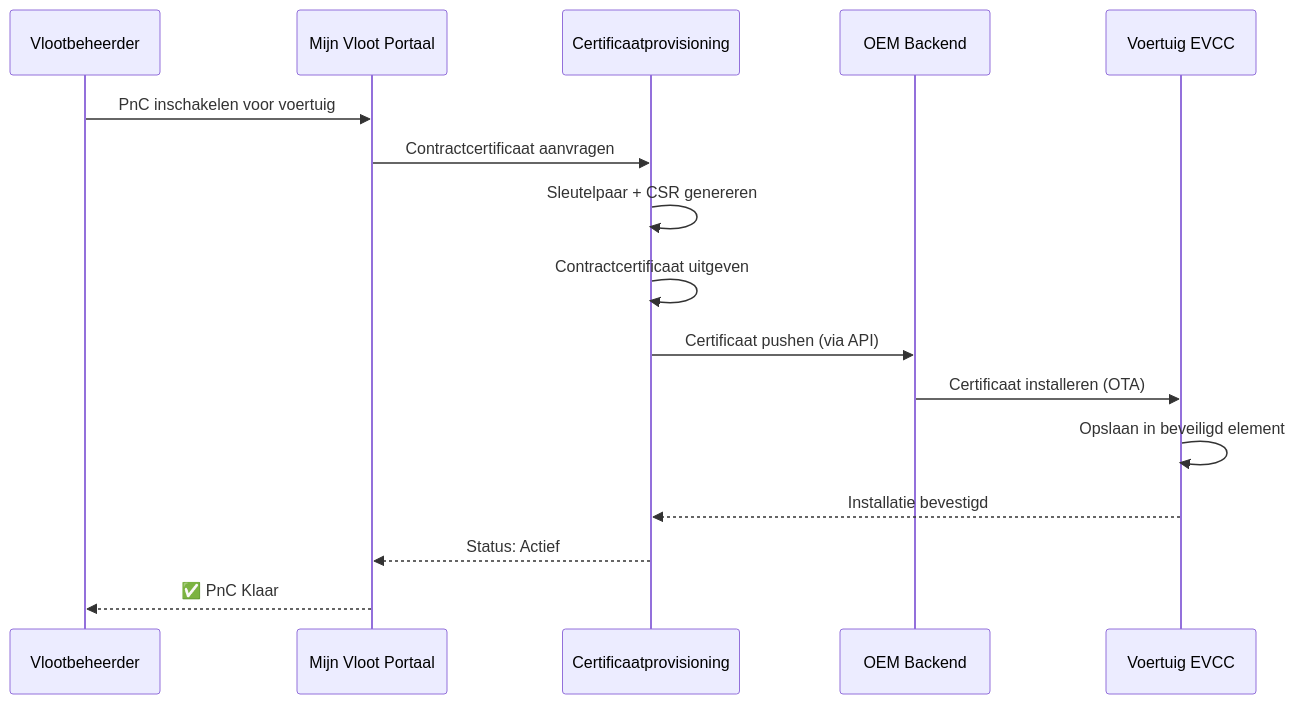
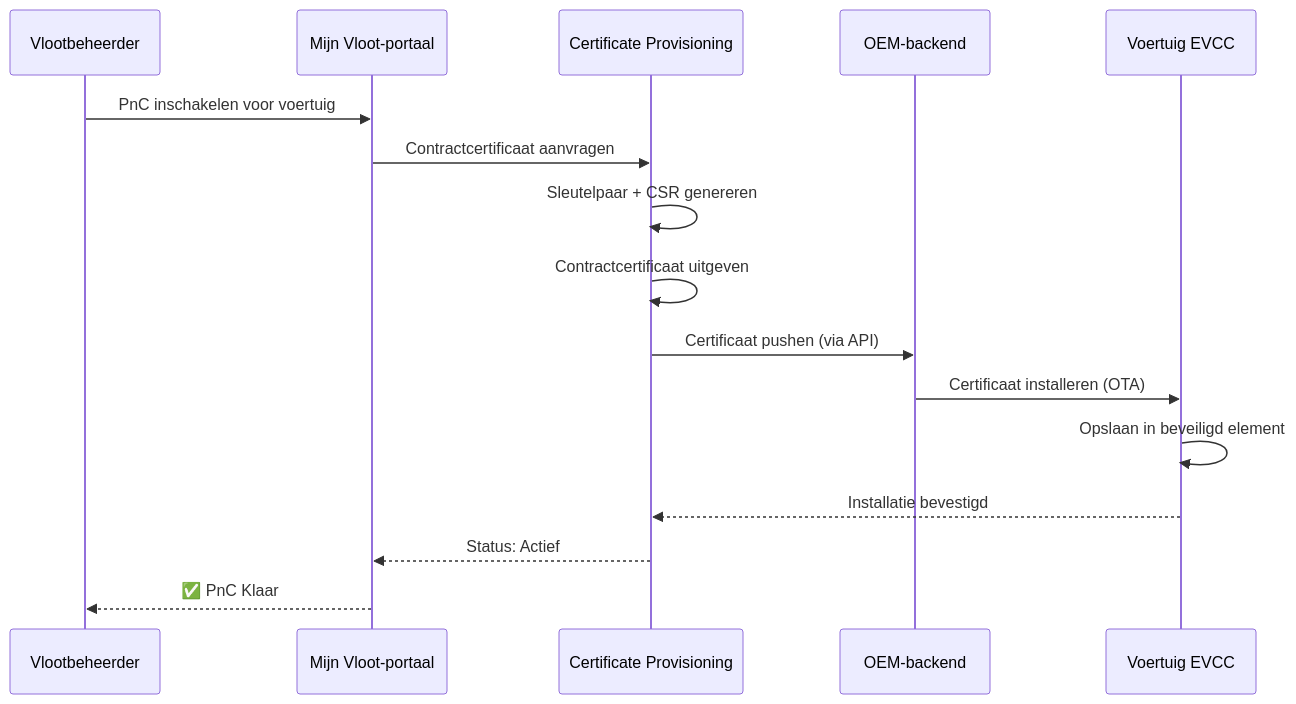
One commit to imichelena/stroomlijnen-docs changed the third of 3 diagrams in docs/technical/iso-15118.md. Above: the diagram before and after it, drawn with Mermaid. The commit also changed other lines of this file and 3 other files, not shown here.

````diff
--- a/docs/technical/iso-15118.md
+++ b/docs/technical/iso-15118.md
@@ -130,19 +130,19 @@
 ```mermaid
 sequenceDiagram
     participant FM as Vlootbeheerder
-    participant Portal as Mijn Vloot Portaal
-    participant CPS as Certificaatprovisioning
-    participant OEM as OEM Backend
+    participant Portal as Mijn Vloot-portaal
+    participant CPS as Certificate Provisioning
+    participant OEM as OEM-backend
     participant Vehicle as Voertuig EVCC
 
     FM->>Portal: PnC inschakelen voor voertuig
     Portal->>CPS: Contractcertificaat aanvragen
     CPS->>CPS: Sleutelpaar + CSR genereren
     CPS->>CPS: Contractcertificaat uitgeven
     CPS->>OEM: Certificaat pushen (via API)
     OEM->>Vehicle: Certificaat installeren (OTA)
     Vehicle->>Vehicle: Opslaan in beveiligd element
     Vehicle-->>CPS: Installatie bevestigd
     CPS-->>Portal: Status: Actief
     Portal-->>FM: ✅ PnC Klaar
 ```
````
